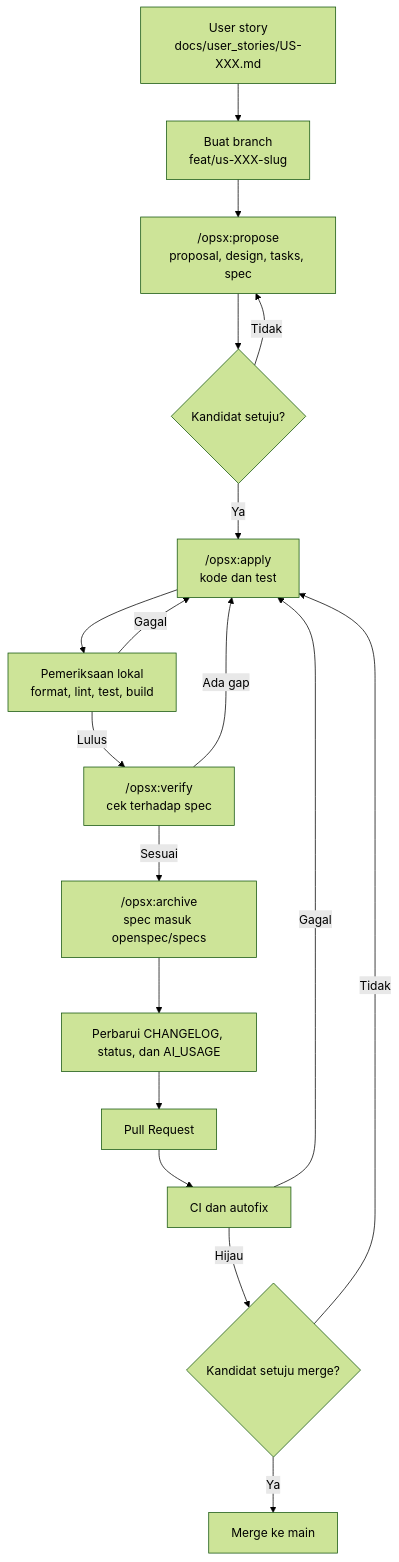
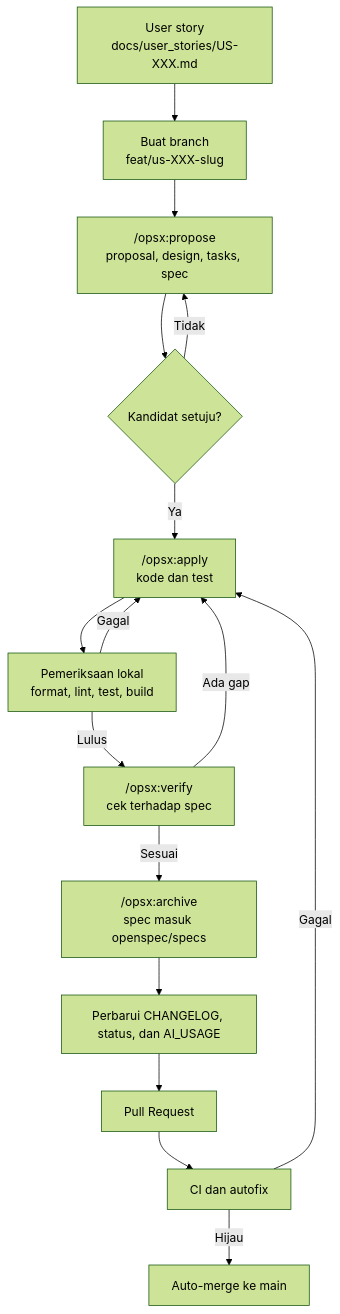
One commit to FazryJavier/LenSoftwareDevTest changed the diagram in docs/WORKFLOW.md. Above: the diagram before and after it, drawn with Mermaid (forest theme). The commit also changed other lines of this file and 39 other files, not shown here.

````diff
--- a/docs/WORKFLOW.md
+++ b/docs/WORKFLOW.md
@@ -7,20 +7,18 @@
 ```mermaid
 flowchart TD
     us["User story<br/>docs/user_stories/US-XXX.md"] --> branch["Buat branch<br/>feat/us-XXX-slug"]
     branch --> propose["/opsx:propose<br/>proposal, design, tasks, spec"]
     propose --> gate1{"Kandidat setuju?"}
     gate1 -- "Tidak" --> propose
     gate1 -- "Ya" --> apply["/opsx:apply<br/>kode dan test"]
     apply --> local["Pemeriksaan lokal<br/>format, lint, test, build"]
     local -- "Gagal" --> apply
     local -- "Lulus" --> verify["/opsx:verify<br/>cek terhadap spec"]
     verify -- "Ada gap" --> apply
     verify -- "Sesuai" --> archive["/opsx:archive<br/>spec masuk openspec/specs"]
     archive --> docs["Perbarui CHANGELOG, status, dan AI_USAGE"]
     docs --> pr["Pull Request"]
     pr --> ci["CI dan autofix"]
     ci -- "Gagal" --> apply
-    ci -- "Hijau" --> gate2{"Kandidat setuju merge?"}
-    gate2 -- "Ya" --> merge["Merge ke main"]
-    gate2 -- "Tidak" --> apply
+    ci -- "Hijau" --> merge["Auto-merge ke main"]
 ```
````
